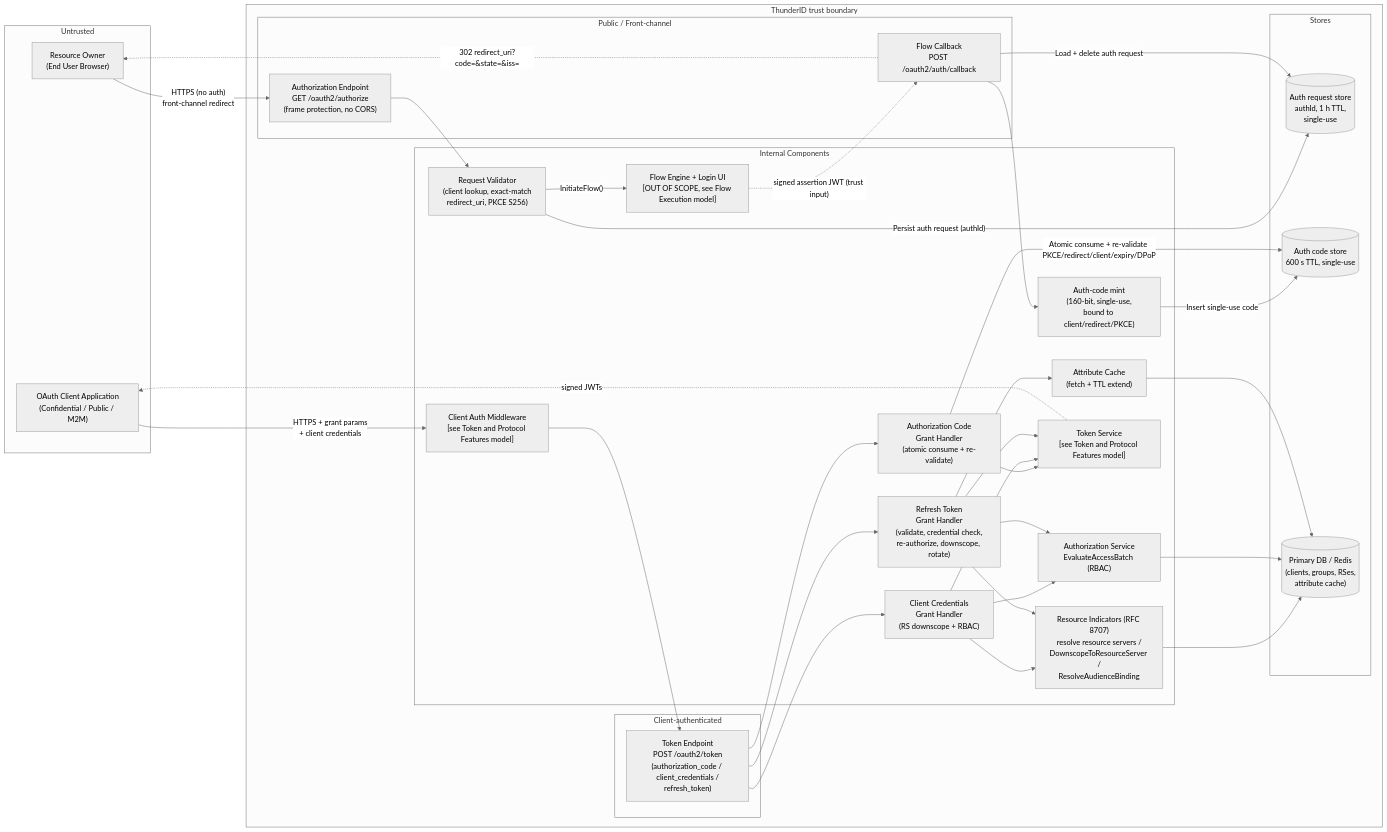
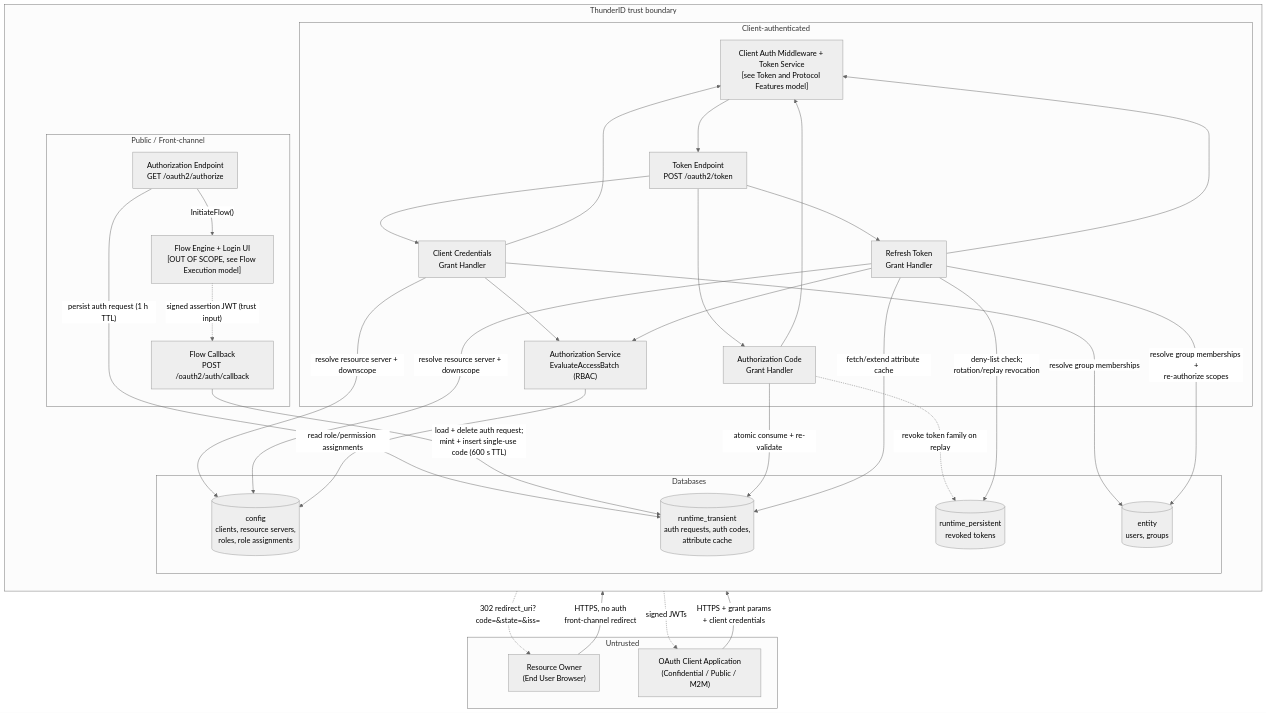
The first of 5 diagrams in docs-internals/oauth/authorization-and-core-grants.md (thiva-k/thunder), drawn with Mermaid (neutral theme) before and after one commit. The commit also changed other lines of this file, not shown here.

Commit message:
Simplify diagrams and align them with the real database layout
Redraws the architecture diagram against the four real databases
(config, entity, runtime_transient, runtime_persistent) instead of a
generic "Primary DB / Redis" box, drops components that added no
information (Request Validator, Auth-code mint, Resource Indicators,
Attribute Cache as standalone nodes), and merges Client Auth
Middleware with Token Service since both are companion-model detail.

Brings the four interaction sequence diagrams to a consistent style:
same real database names as the architecture diagram, the same
granularity of validation self-messages and error branches, and the
same direct-response pattern back to the client. Removes the
Resource Indicators participant from [03] so it matches how [04]
already folds resource resolution into the grant handler.

````diff
--- a/docs-internals/oauth/authorization-and-core-grants.md
+++ b/docs-internals/oauth/authorization-and-core-grants.md
@@ -39,65 +39,65 @@
 ```mermaid
-flowchart LR
+flowchart TB
   subgraph Untrusted
-        RO["Resource Owner<br/>(End User Browser)"]
-        APP["OAuth Client Application<br/>(Confidential / Public / M2M)"]
+    RO["Resource Owner<br/>(End User Browser)"]
+    APP["OAuth Client Application<br/>(Confidential / Public / M2M)"]
+  end
+
+  subgraph Trusted [ThunderID trust boundary]
+    direction TB
+    subgraph "Public / Front-channel"
+      AUTHZ["Authorization Endpoint<br/>GET /oauth2/authorize"]
+      FLOW["Flow Engine + Login UI<br/>[OUT OF SCOPE, see Flow Execution model]"]
+      CB["Flow Callback<br/>POST /oauth2/auth/callback"]
     end
 
-  subgraph Trusted [ThunderID trust boundary]
-        subgraph "Public / Front-channel"
-            AUTHZ["Authorization Endpoint<br/>GET /oauth2/authorize<br/>(frame protection, no CORS)"]
-            CB["Flow Callback<br/>POST /oauth2/auth/callback"]
-        end
+    subgraph "Client-authenticated"
+      CLIAUTHTS["Client Auth Middleware + Token Service<br/>[see Token and Protocol Features model]"]
+      TOKEN["Token Endpoint<br/>POST /oauth2/token"]
+      ACGH["Authorization Code<br/>Grant Handler"]
+      CCGH["Client Credentials<br/>Grant Handler"]
+      RGH["Refresh Token<br/>Grant Handler"]
+      AUTHZSVC["Authorization Service<br/>EvaluateAccessBatch (RBAC)"]
+    end
 
-        subgraph "Client-authenticated"
-            TOKEN["Token Endpoint<br/>POST /oauth2/token<br/>(authorization_code / client_credentials /<br/>refresh_token)"]
-        end
-
-        subgraph "Internal Components"
-            VAL["Request Validator<br/>(client lookup, exact-match<br/>redirect_uri, PKCE S256)"]
-            CODEMINT["Auth-code mint<br/>(160-bit, single-use,<br/>bound to client/redirect/PKCE)"]
-            ACGH["Authorization Code<br/>Grant Handler<br/>(atomic consume + re-validate)"]
-            CCGH["Client Credentials<br/>Grant Handler<br/>(RS downscope + RBAC)"]
-            RGH["Refresh Token<br/>Grant Handler<br/>(validate, credential check,<br/>re-authorize, downscope, rotate)"]
-            AUTHZSVC["Authorization Service<br/>EvaluateAccessBatch (RBAC)"]
-            RI["Resource Indicators (RFC 8707)<br/>resolve resource servers /<br/>DownscopeToResourceServer /<br/>ResolveAudienceBinding"]
-            ATTR["Attribute Cache<br/>(fetch + TTL extend)"]
-            CLIAUTH["Client Auth Middleware<br/>[see Token and Protocol Features model]"]
-            TS["Token Service<br/>[see Token and Protocol Features model]"]
-            FLOW["Flow Engine + Login UI<br/>[OUT OF SCOPE, see Flow Execution model]"]
-        end
-      subgraph "Stores"
-        AREQ[("Auth request store<br/>authId, 1 h TTL,<br/>single-use")]
-        ACODE[("Auth code store<br/>600 s TTL, single-use")]
-        DB[("Primary DB / Redis<br/>(clients, groups, RSes,<br/>attribute cache)")]
+    subgraph Databases
+      CONFIGDB[("config<br/>clients, resource servers,<br/>roles, role assignments")]
+      ENTITYDB[("entity<br/>users, groups")]
+      TRANSIENTDB[("runtime_transient<br/>auth requests, auth codes,<br/>attribute cache")]
+      PERSISTENTDB[("runtime_persistent<br/>revoked tokens")]
     end
   end
 
-    RO -->|"HTTPS (no auth)<br/>front-channel redirect"| AUTHZ
-    AUTHZ --> VAL
-    VAL -->|"Persist auth request (authId)"| AREQ
-    VAL -->|"InitiateFlow()"| FLOW
-    FLOW -. "signed assertion JWT (trust input)" .-> CB
-    CB -->|"Load + delete auth request"| AREQ
-    CB --> CODEMINT
-    CODEMINT -->|"Insert single-use code"| ACODE
-    CB -.->|"302 redirect_uri?code=&state=&iss="| RO
-    APP -->|"HTTPS + grant params<br/>+ client credentials"| CLIAUTH
-    CLIAUTH --> TOKEN
-    TOKEN --> ACGH
-    TOKEN --> CCGH
-    TOKEN --> RGH
-    ACGH -->|"Atomic consume + re-validate PKCE/redirect/client/expiry/DPoP"| ACODE
-    CCGH --> RI
-    CCGH --> AUTHZSVC
-    RGH --> RI
-    RGH --> AUTHZSVC
-    RGH --> ATTR
-    RI --> DB
-    AUTHZSVC --> DB
-    ATTR --> DB
-    ACGH --> TS
-    CCGH --> TS
-    RGH --> TS
-    TS -.->|"signed JWTs"| APP
+  RO -->|"HTTPS, no auth<br/>front-channel redirect"| AUTHZ
+  AUTHZ -->|"persist auth request (1 h TTL)"| TRANSIENTDB
+  AUTHZ -->|"InitiateFlow()"| FLOW
+  FLOW -. "signed assertion JWT (trust input)" .-> CB
+  CB -->|"load + delete auth request;<br/>mint + insert single-use code (600 s TTL)"| TRANSIENTDB
+  CB -.->|"302 redirect_uri?code=&state=&iss="| RO
+
+  APP -->|"HTTPS + grant params<br/>+ client credentials"| CLIAUTHTS
+  CLIAUTHTS --> TOKEN
+  TOKEN --> ACGH
+  TOKEN --> CCGH
+  TOKEN --> RGH
+
+  ACGH -->|"atomic consume + re-validate"| TRANSIENTDB
+  ACGH -. "revoke token family on replay" .-> PERSISTENTDB
+
+  CCGH -->|"resolve resource server + downscope"| CONFIGDB
+  CCGH -->|"resolve group memberships"| ENTITYDB
+  CCGH --> AUTHZSVC
+
+  RGH -->|"resolve resource server + downscope"| CONFIGDB
+  RGH -->|"resolve group memberships +<br/>re-authorize scopes"| ENTITYDB
+  RGH --> AUTHZSVC
+  RGH -->|"fetch/extend attribute cache"| TRANSIENTDB
+  RGH -->|"deny-list check;<br/>rotation/replay revocation"| PERSISTENTDB
+
+  AUTHZSVC -->|"read role/permission assignments"| CONFIGDB
+
+  ACGH --> CLIAUTHTS
+  CCGH --> CLIAUTHTS
+  RGH --> CLIAUTHTS
+  CLIAUTHTS -.->|"signed JWTs"| APP
 ```
````
